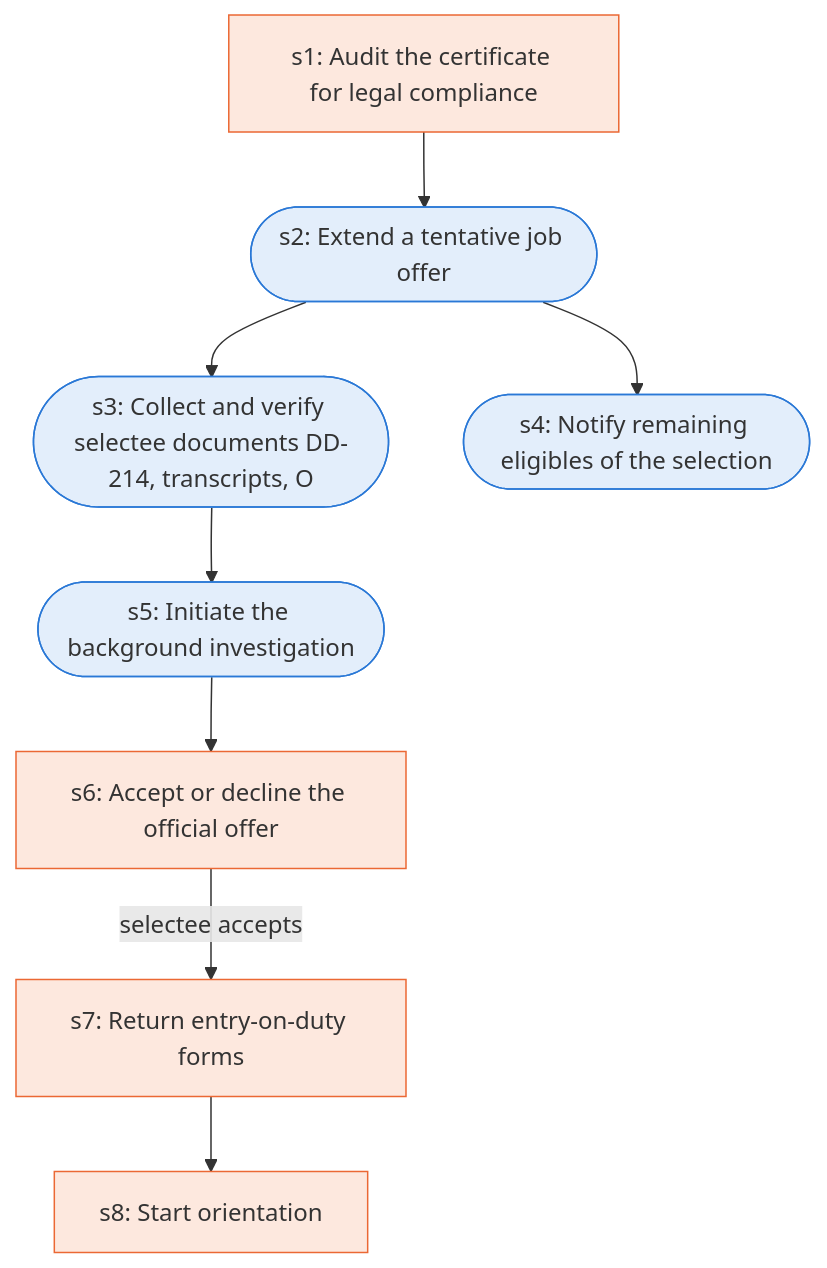
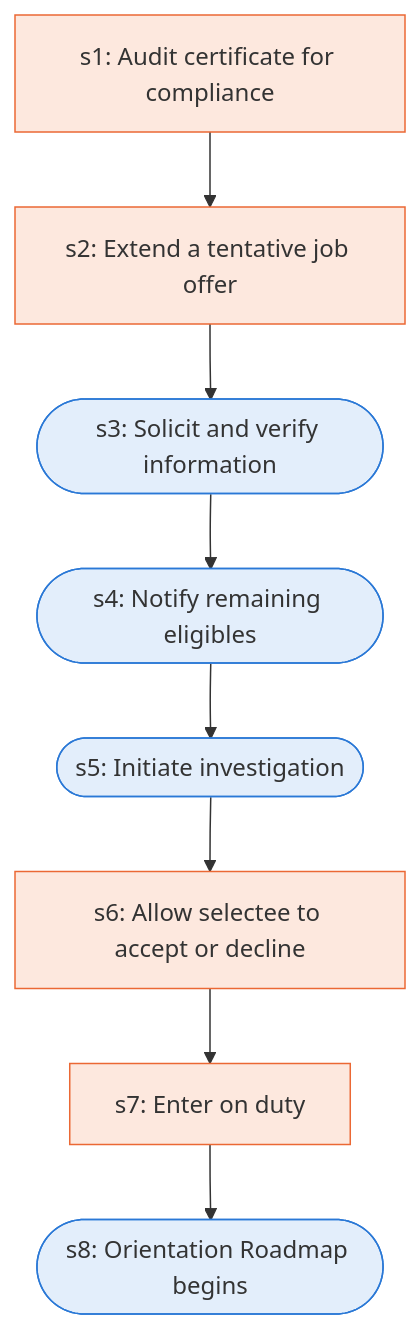
The diagram in docs/runbooks/onb_offer_to_entry_on_duty.md (Jitesh-Mishra/sop-to-agent-workflows), drawn with Mermaid before and after one commit. The commit also changed other lines of this file and 172 other files, not shown here.

````diff
--- a/docs/runbooks/onb_offer_to_entry_on_duty.md
+++ b/docs/runbooks/onb_offer_to_entry_on_duty.md
@@ -7,22 +7,22 @@
 ```mermaid
 flowchart TD
-  s1["s1: Audit the certificate for legal compliance"]
-  s2(["s2: Extend a tentative job offer"])
-  s3(["s3: Collect and verify selectee documents DD-214, transcripts, O"])
-  s4(["s4: Notify remaining eligibles of the selection"])
-  s5(["s5: Initiate the background investigation"])
-  s6["s6: Accept or decline the official offer"]
-  s7["s7: Return entry-on-duty forms"]
-  s8["s8: Start orientation"]
+  s1["s1: Audit certificate for compliance"]
+  s2["s2: Extend a tentative job offer"]
+  s3(["s3: Solicit and verify information"])
+  s4(["s4: Notify remaining eligibles"])
+  s5(["s5: Initiate investigation"])
+  s6["s6: Allow selectee to accept or decline"]
+  s7["s7: Enter on duty"]
+  s8(["s8: Orientation Roadmap begins"])
   s1 --> s2
   s2 --> s3
-  s2 --> s4
-  s3 --> s5
+  s3 --> s4
+  s4 --> s5
   s5 --> s6
-  s6 -->|selectee accepts| s7
+  s6 --> s7
   s7 --> s8
   classDef agent fill:#e3eefb,stroke:#2a78d6
   classDef human fill:#fde8de,stroke:#eb6834
-  class s2,s3,s4,s5 agent
-  class s1,s6,s7,s8 human
+  class s3,s4,s5,s8 agent
+  class s1,s2,s6,s7 human
 ```
````
